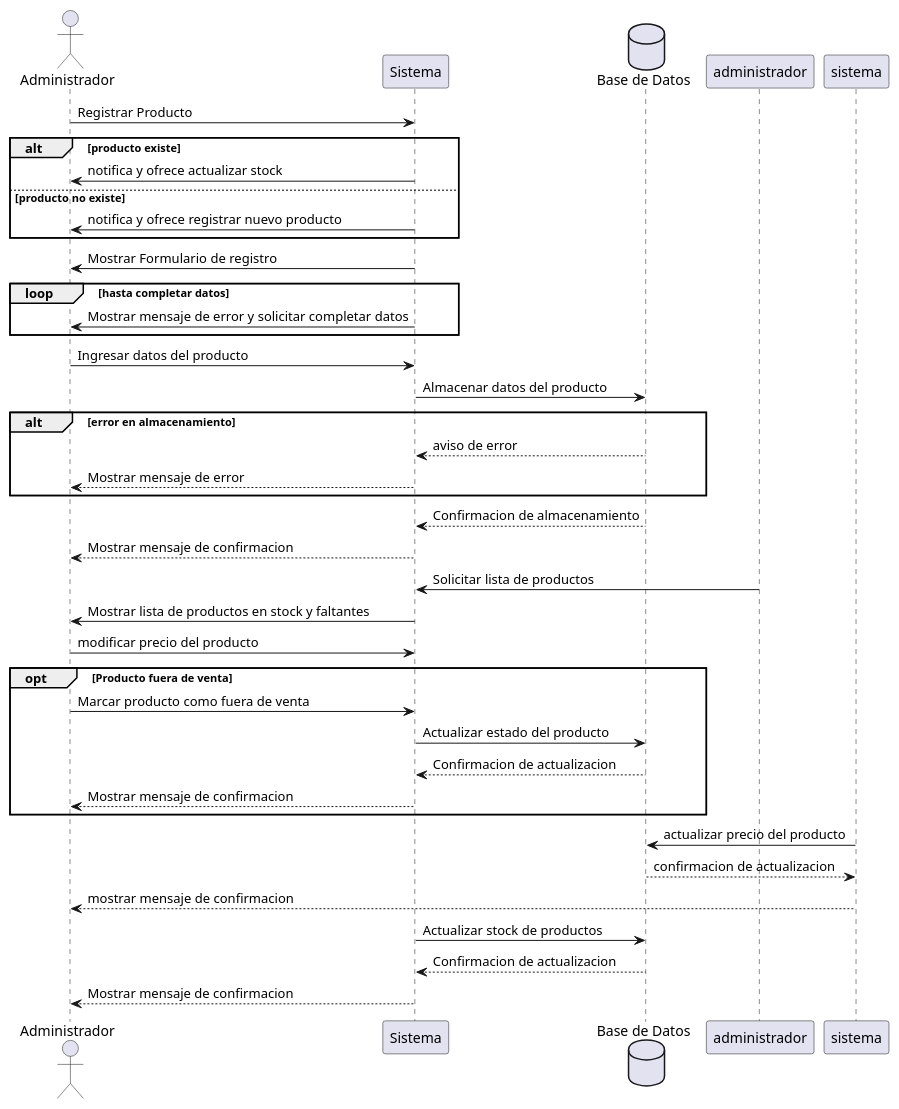
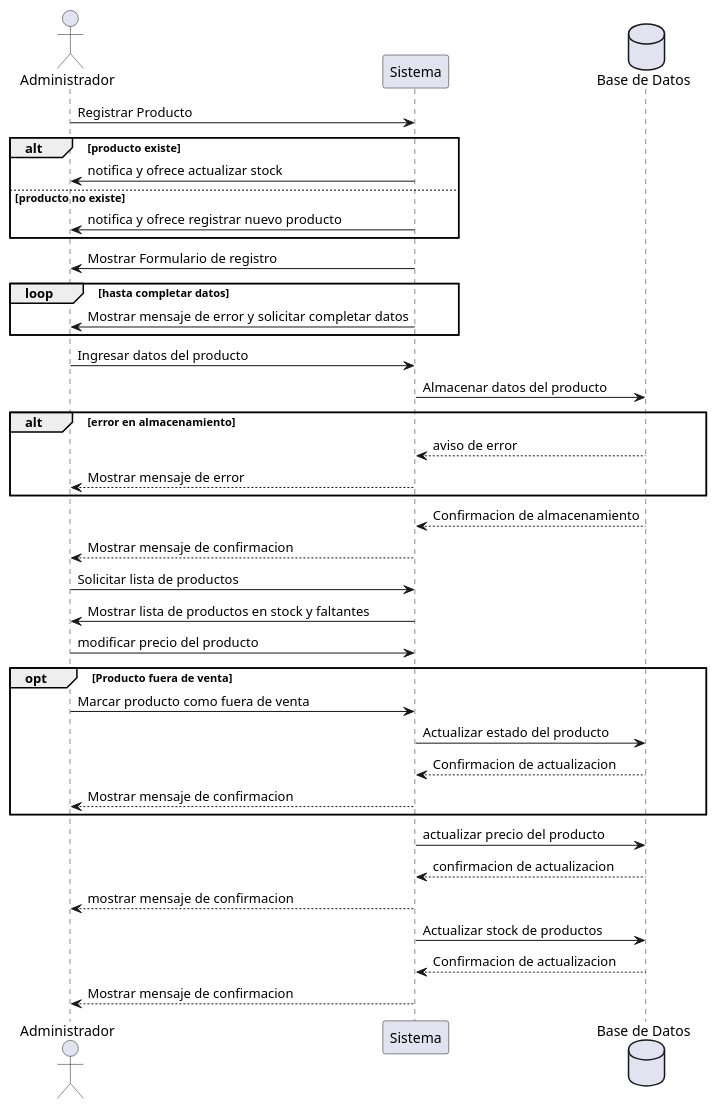
One commit to Luci1274/PPI_Proyecto_gomeria changed the diagram in 08-Diagrama-secuencia/04_Productos (D.S).puml. Above: the diagram before and after it, drawn with PlantUML.

Commit message:
arreglado

```diff
--- a/08-Diagrama-secuencia/04_Productos (D.S).puml
+++ b/08-Diagrama-secuencia/04_Productos (D.S).puml
@@ -1,62 +1,62 @@
 @startuml Productos
 
     actor Administrador
     participant Sistema
     database "Base de Datos" as DB
 
     Administrador -> Sistema: Registrar Producto
 
     alt producto existe 
             Sistema -> Administrador: notifica y ofrece actualizar stock
         else producto no existe
             Sistema -> Administrador: notifica y ofrece registrar nuevo producto
     end
 
     Sistema -> Administrador: Mostrar Formulario de registro
 
     loop hasta completar datos
         Sistema -> Administrador: Mostrar mensaje de error y solicitar completar datos
     end
 
     Administrador -> Sistema: Ingresar datos del producto
     Sistema -> DB: Almacenar datos del producto
 
     alt error en almacenamiento
         DB --> Sistema: aviso de error
         Sistema --> Administrador: Mostrar mensaje de error
     end
 
     DB --> Sistema: Confirmacion de almacenamiento
     Sistema --> Administrador: Mostrar mensaje de confirmacion
-    administrador -> Sistema: Solicitar lista de productos
+    Administrador -> Sistema: Solicitar lista de productos
     Sistema -> Administrador: Mostrar lista de productos en stock y faltantes
     Administrador -> Sistema: modificar precio del producto
 
     opt Producto fuera de venta
         Administrador -> Sistema: Marcar producto como fuera de venta
         Sistema -> DB: Actualizar estado del producto
         DB --> Sistema: Confirmacion de actualizacion
         Sistema --> Administrador: Mostrar mensaje de confirmacion
     end
 
-    sistema -> DB: actualizar precio del producto
-    DB --> sistema: confirmacion de actualizacion
-    sistema --> Administrador: mostrar mensaje de confirmacion
+    Sistema -> DB: actualizar precio del producto
+    DB --> Sistema: confirmacion de actualizacion
+    Sistema --> Administrador: mostrar mensaje de confirmacion
     Sistema -> DB: Actualizar stock de productos
     DB --> Sistema: Confirmacion de actualizacion
     Sistema --> Administrador: Mostrar mensaje de confirmacion
 
    
 
     
     
 
 
 
 
 
 
 
 
 
 @enduml
```
